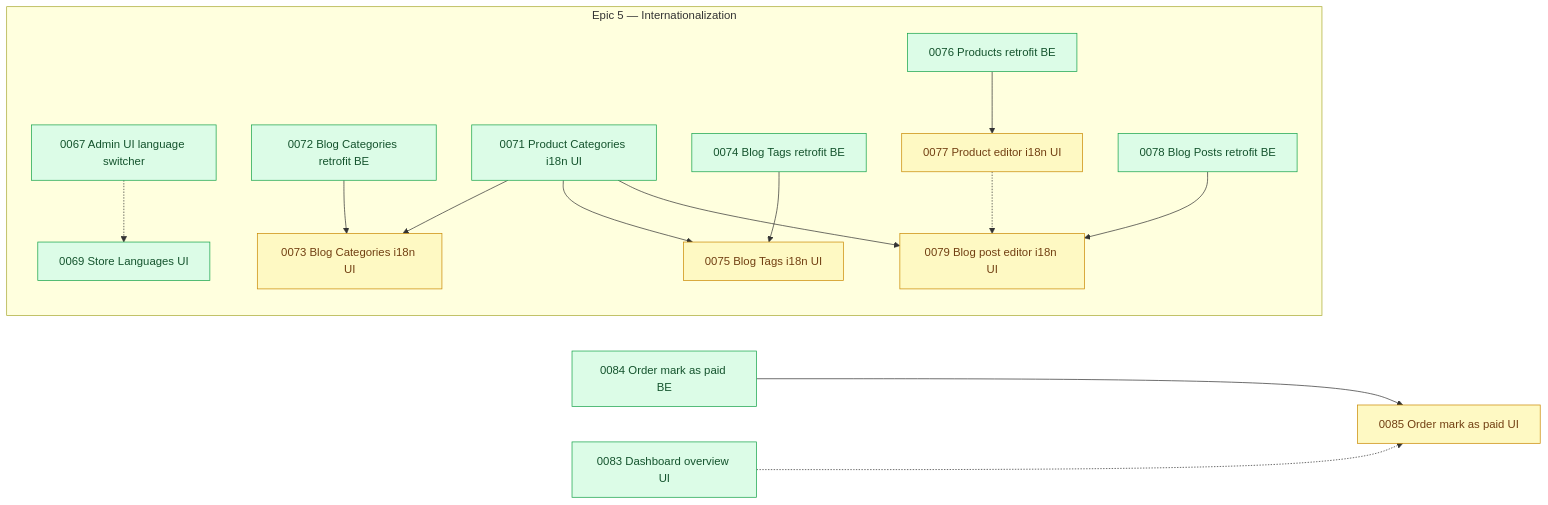
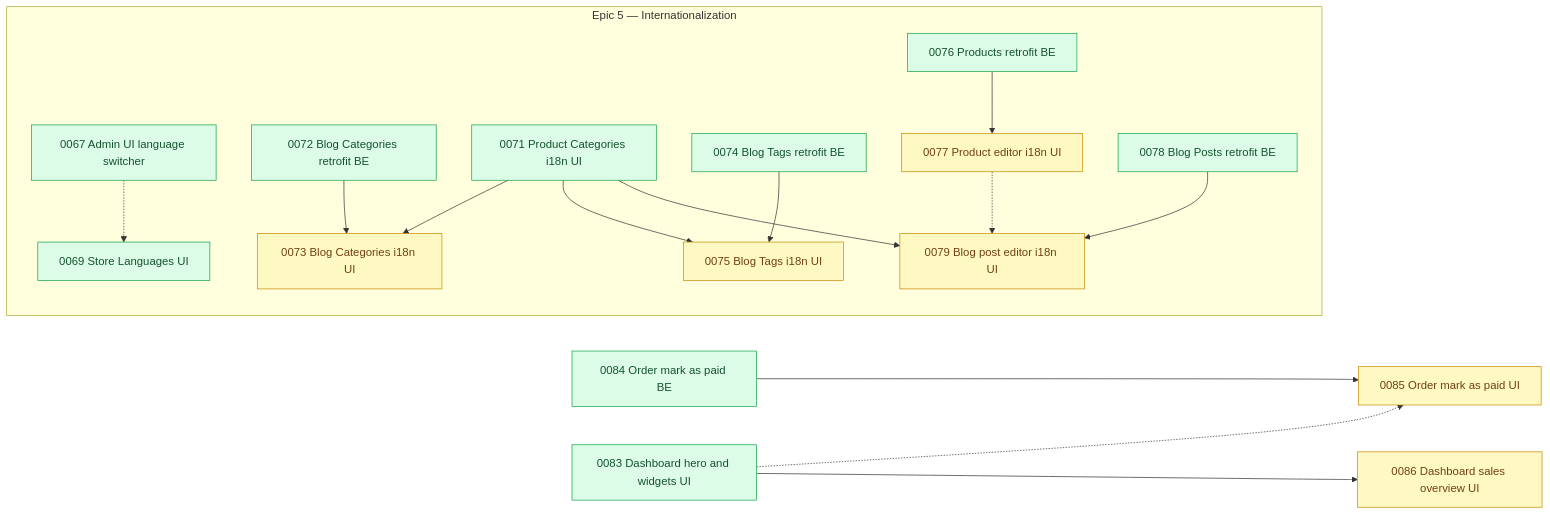
The diagram in arospe/ai-spec/tasks-map.md (shojen/AI4Devs-finalproject), drawn with Mermaid before and after one commit. The commit also changed other lines of this file and 3 other files, not shown here.

First line of the commit message:
docs(tasks): split story 0083 and add 0086 for the sales overview card

````diff
--- a/arospe/ai-spec/tasks-map.md
+++ b/arospe/ai-spec/tasks-map.md
@@ -499,7 +508,8 @@
     P0084["0084 Order mark as paid BE"]
     P0085["0085 Order mark as paid UI"]
     %% (P0082's own node dropped: 0082 closed to done/ this pass, per the update at the top of this file.)
-    P0083["0083 Dashboard overview UI"]
+    P0083["0083 Dashboard hero and widgets UI"]
+    P0086["0086 Dashboard sales overview UI"]
     %% (P0081's own node dropped: 0081 closed to done/ this pass, per the update at the top of this
     %% file. It had no incoming edge of its own -- no pending task named it as a depends_on blocker
     %% -- so removing it re-derives nothing further.)
@@ -570,7 +580,8 @@
     %% (P0082 --> P0083 and P0082 -.-> P0076/P0078 dropped: 0082 is done; 0083 is now ready.)
     P0084 --> P0085
     P0083 -.-> P0085
+    P0083 --> P0086
 
-    class P0073,P0075,P0077,P0079,P0085 pending;
+    class P0073,P0075,P0077,P0079,P0085,P0086 pending;
     class P0067,P0069,P0071,P0072,P0074,P0076,P0078,P0083,P0084 ready;
 ```
````
